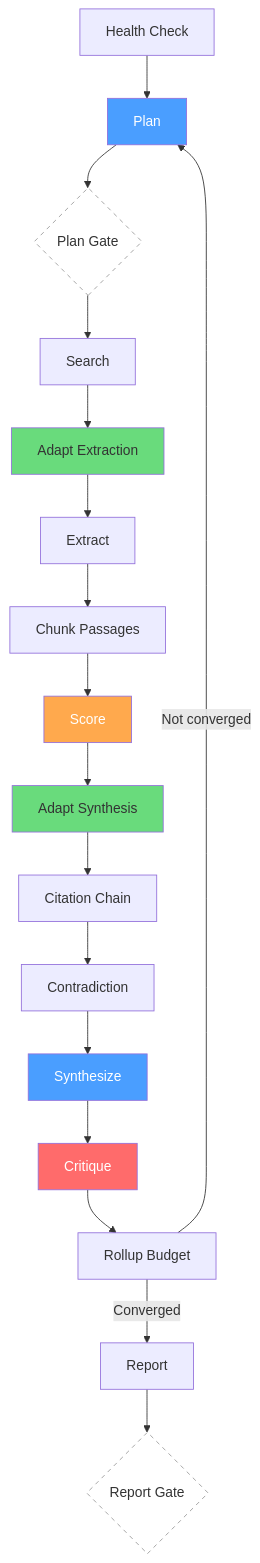
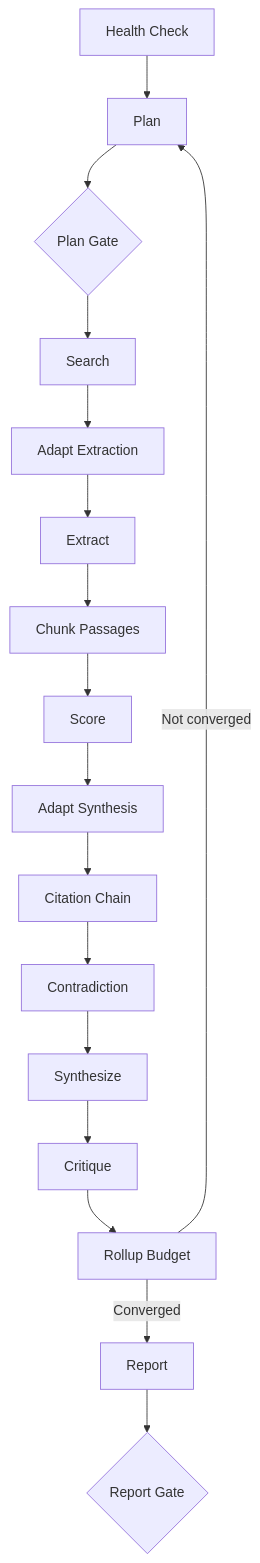
Before and after one commit to Darv0n/sia-research-engine: the diagram in README.md, drawn with Mermaid.

Commit message:
fix: strip mermaid styles, simplify edge labels for GitHub rendering

````diff
--- a/README.md
+++ b/README.md
@@ -78,28 +78,19 @@
 ```mermaid
 flowchart TD
     HC[Health Check] --> P[Plan]
     P --> PG{Plan Gate}
     PG --> S[Search]
     S --> AE[Adapt Extraction]
     AE --> E[Extract]
     E --> CH[Chunk Passages]
     CH --> SC[Score]
     SC --> AS[Adapt Synthesis]
     AS --> CC[Citation Chain]
     CC --> CD[Contradiction]
     CD --> SY[Synthesize]
     SY --> CR[Critique]
     CR --> RB[Rollup Budget]
-    RB -->|Not converged| P
-    RB -->|Converged| RP[Report]
+    RB -- Not converged --> P
+    RB -- Converged --> RP[Report]
     RP --> RG{Report Gate}
-
-    style P fill:#4a9eff,color:white
-    style SY fill:#4a9eff,color:white
-    style CR fill:#ff6b6b,color:white
-    style SC fill:#ffa94d,color:white
-    style AE fill:#69db7c
-    style AS fill:#69db7c
-    style PG fill:none,stroke:#999,stroke-dasharray: 5 5
-    style RG fill:none,stroke:#999,stroke-dasharray: 5 5
 ```
````
